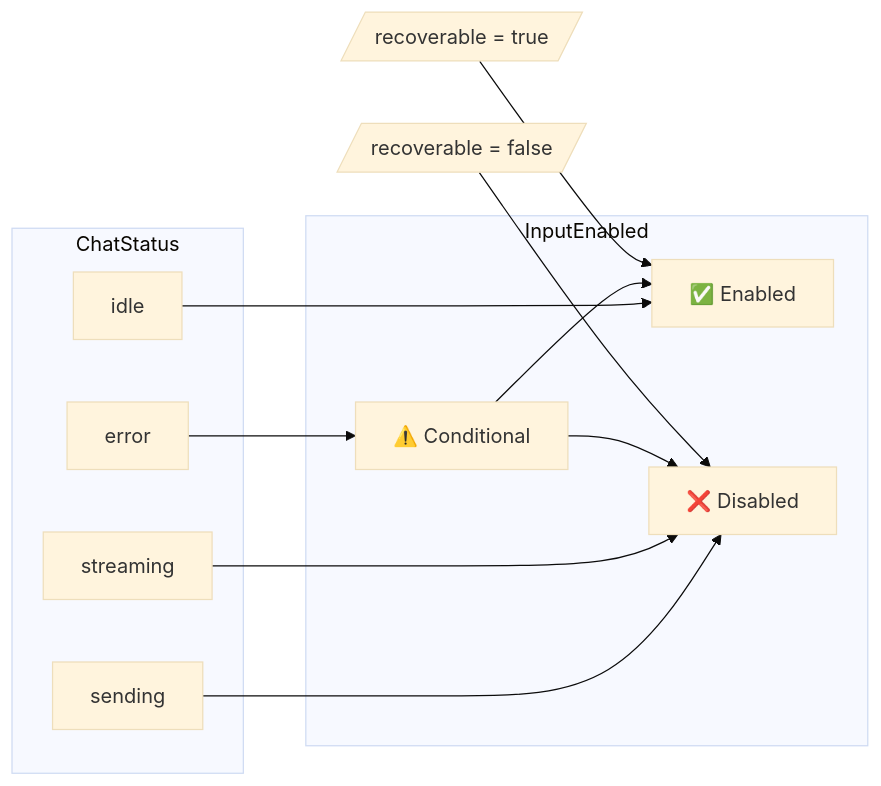
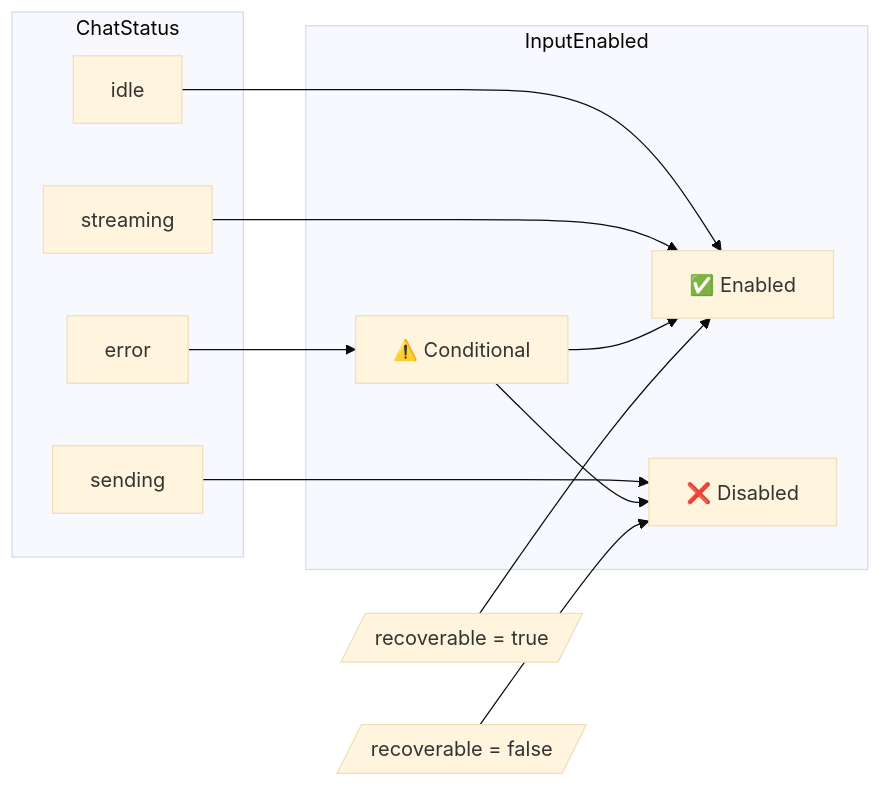
Before and after one commit to hharbach/foundry-agent-webapp: the tenth of 10 diagrams in ARCHITECTURE-FLOW.md, drawn with Mermaid (base theme). The commit also changed other lines of this file and 8 other files, not shown here.

````diff
--- a/ARCHITECTURE-FLOW.md
+++ b/ARCHITECTURE-FLOW.md
@@ -383,26 +383,26 @@
 ```mermaid
 flowchart LR
     subgraph ChatStatus
         idle[idle]
         sending[sending]
         streaming[streaming]
         error[error]
     end
 
     subgraph InputEnabled
         yes[✅ Enabled]
         no[❌ Disabled]
         maybe[⚠️ Conditional]
     end
 
     idle --> yes
     sending --> no
-    streaming --> no
+    streaming --> yes
     error --> maybe
 
     maybe --> yes
     maybe --> no
 
     note1[/"recoverable = true"/] --> yes
     note2[/"recoverable = false"/] --> no
 ```
````
